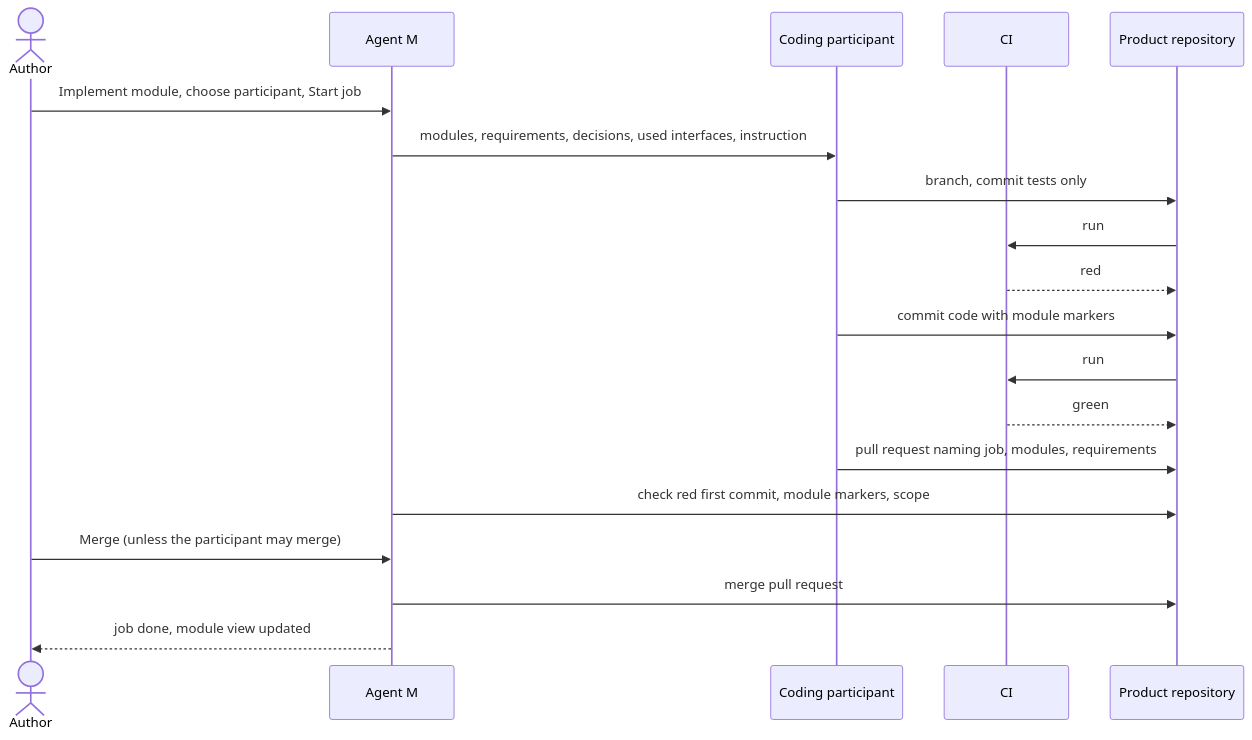
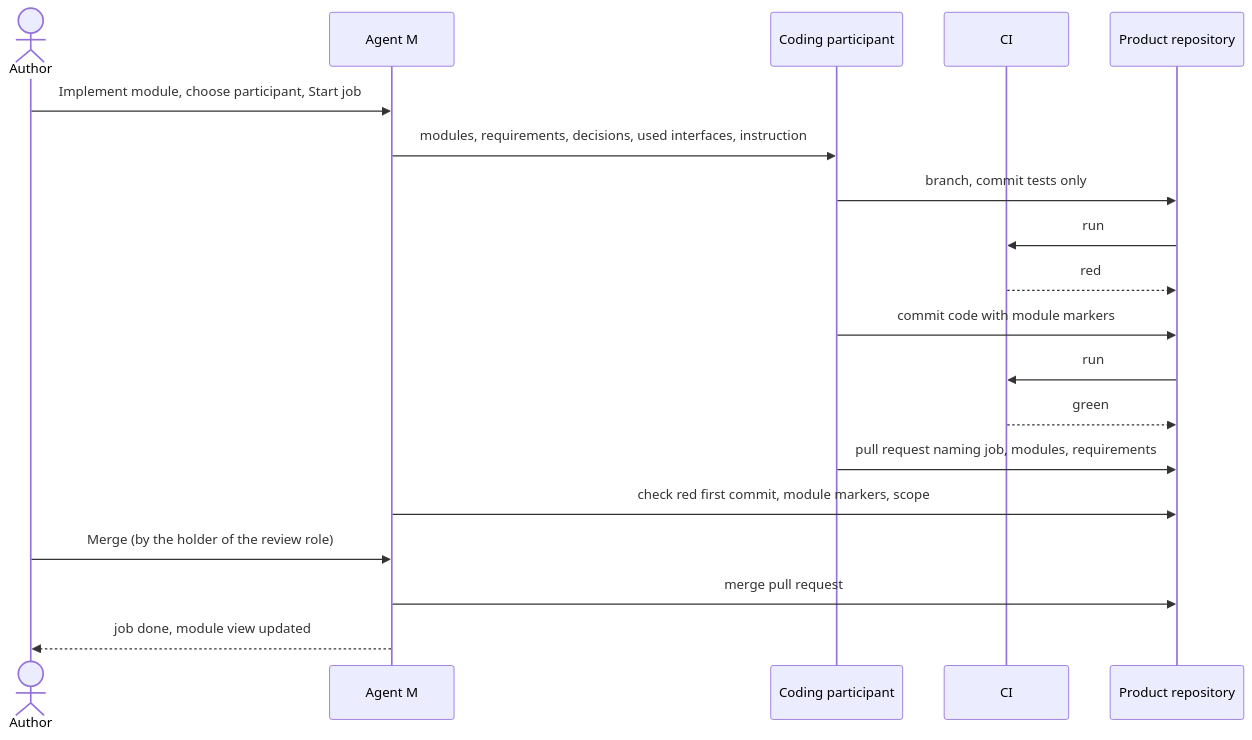
Before and after one commit to akmaier/agent-m: the diagram in docs/use-cases/UC-024-implement-modules.md, drawn with Mermaid. The commit also changed other lines of this file and 30 other files, not shown here.

````diff
--- a/docs/use-cases/UC-024-implement-modules.md
+++ b/docs/use-cases/UC-024-implement-modules.md
@@ -92,21 +97,21 @@
 ```mermaid
 sequenceDiagram
     actor A as Author
     participant M as Agent M
     participant P as Coding participant
     participant C as CI
     participant G as Product repository
     A->>M: Implement module, choose participant, Start job
     M->>P: modules, requirements, decisions, used interfaces, instruction
     P->>G: branch, commit tests only
     G->>C: run
     C-->>G: red
     P->>G: commit code with module markers
     G->>C: run
     C-->>G: green
     P->>G: pull request naming job, modules, requirements
     M->>G: check red first commit, module markers, scope
-    A->>M: Merge (unless the participant may merge)
+    A->>M: Merge (by the holder of the review role)
     M->>G: merge pull request
     M-->>A: job done, module view updated
 ```
````
